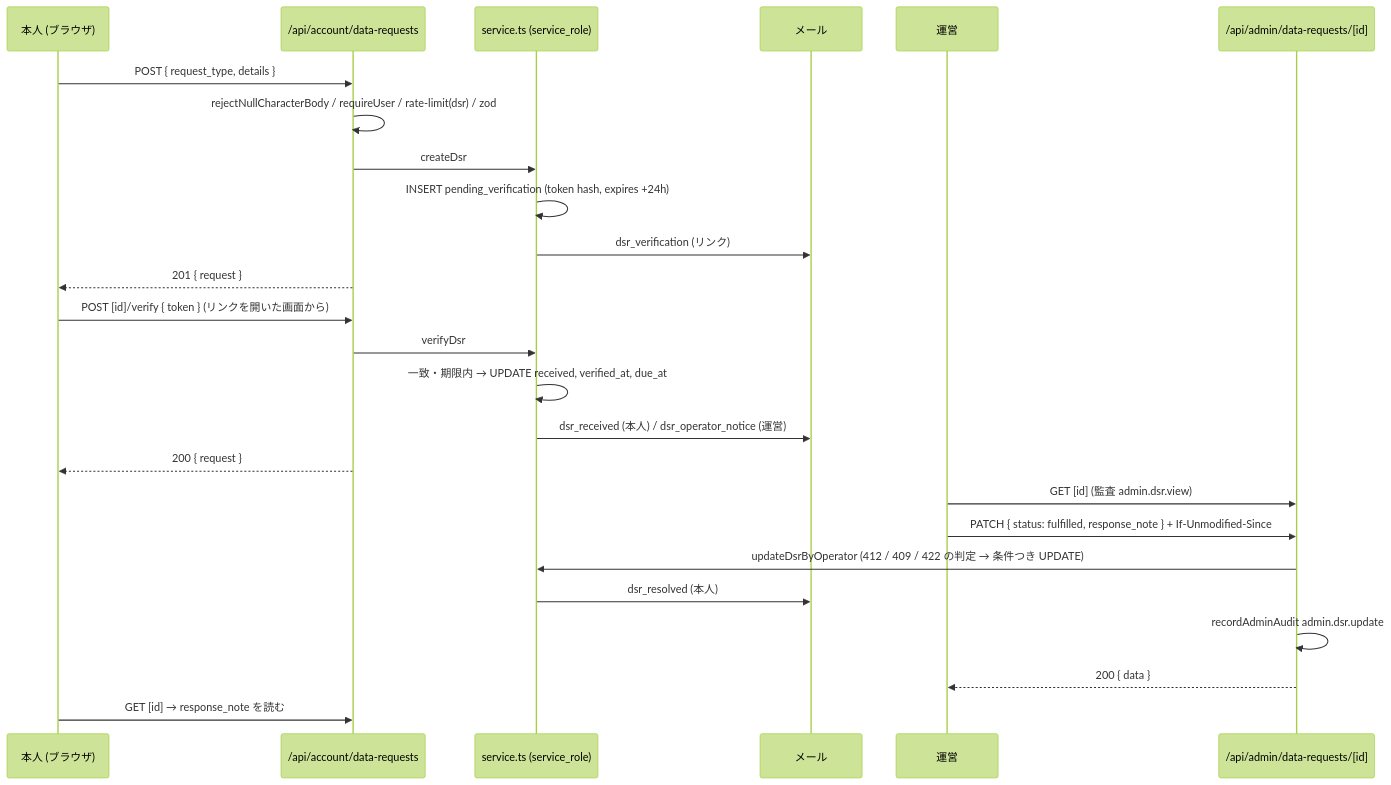
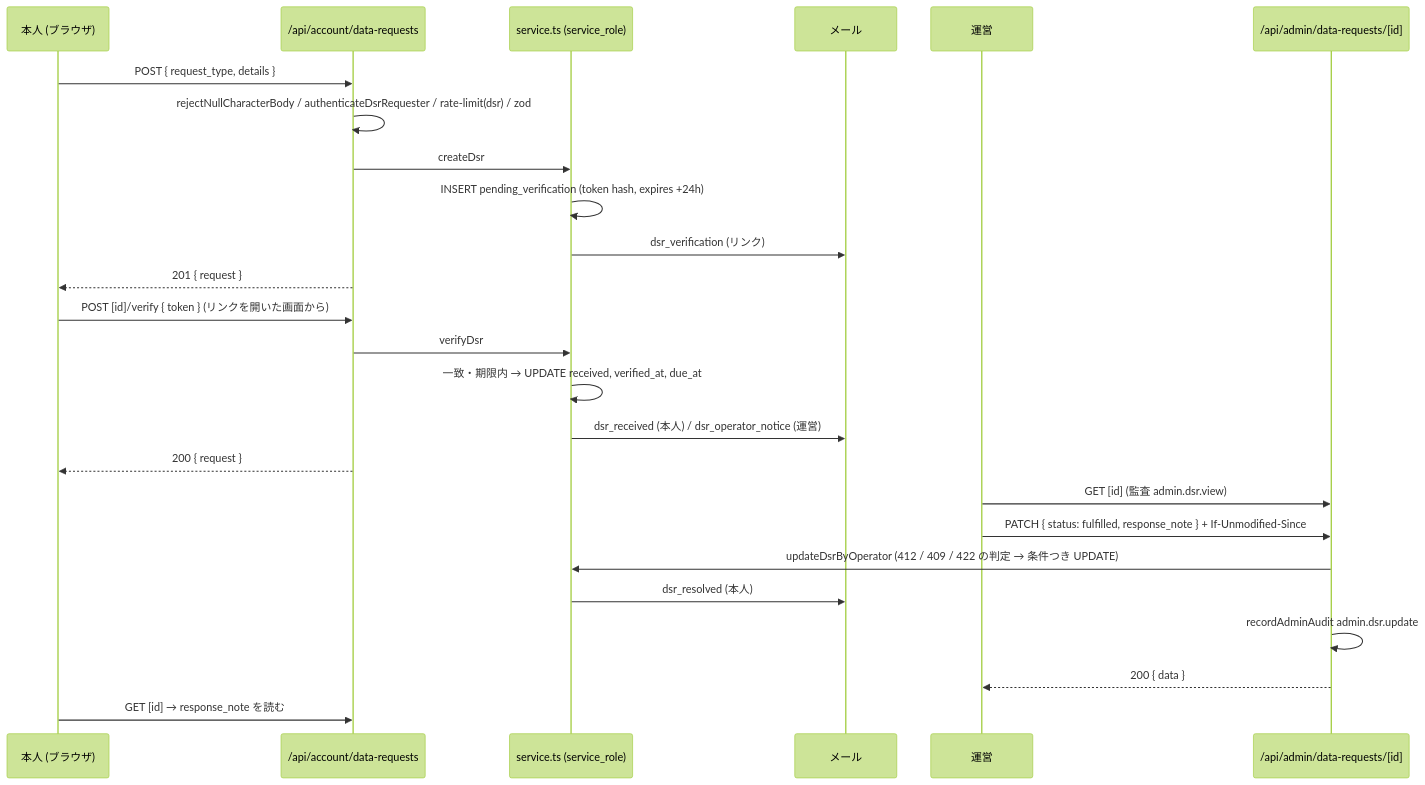
Before and after one commit to DaisukeHori/homegohan-app: the diagram in docs/design/cross/15-data-subject-requests.md, drawn with Mermaid (forest theme). The commit also changed other lines of this file and 3 other files, not shown here.

````diff
--- a/docs/design/cross/15-data-subject-requests.md
+++ b/docs/design/cross/15-data-subject-requests.md
@@ -1146,27 +1147,27 @@
 ```mermaid
 sequenceDiagram
   participant U as 本人 (ブラウザ)
   participant A as /api/account/data-requests
   participant S as service.ts (service_role)
   participant M as メール
   participant O as 運営
   participant P as /api/admin/data-requests/[id]
   U->>A: POST { request_type, details }
-  A->>A: rejectNullCharacterBody / requireUser / rate-limit(dsr) / zod
+  A->>A: rejectNullCharacterBody / authenticateDsrRequester / rate-limit(dsr) / zod
   A->>S: createDsr
   S->>S: INSERT pending_verification (token hash, expires +24h)
   S->>M: dsr_verification (リンク)
   A-->>U: 201 { request }
   U->>A: POST [id]/verify { token } (リンクを開いた画面から)
   A->>S: verifyDsr
   S->>S: 一致・期限内 → UPDATE received, verified_at, due_at
   S->>M: dsr_received (本人) / dsr_operator_notice (運営)
   A-->>U: 200 { request }
   O->>P: GET [id] (監査 admin.dsr.view)
   O->>P: PATCH { status: fulfilled, response_note } + If-Unmodified-Since
   P->>S: updateDsrByOperator (412 / 409 / 422 の判定 → 条件つき UPDATE)
   S->>M: dsr_resolved (本人)
   P->>P: recordAdminAudit admin.dsr.update
   P-->>O: 200 { data }
   U->>A: GET [id] → response_note を読む
 ```
````
